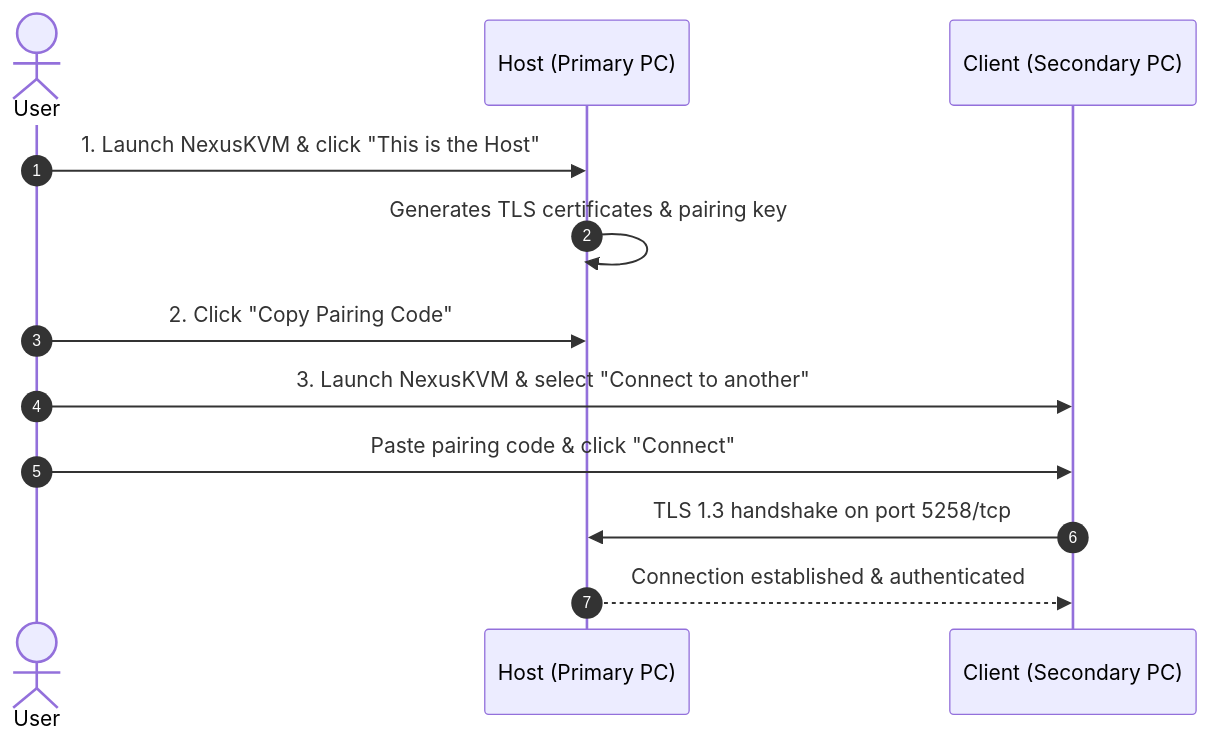
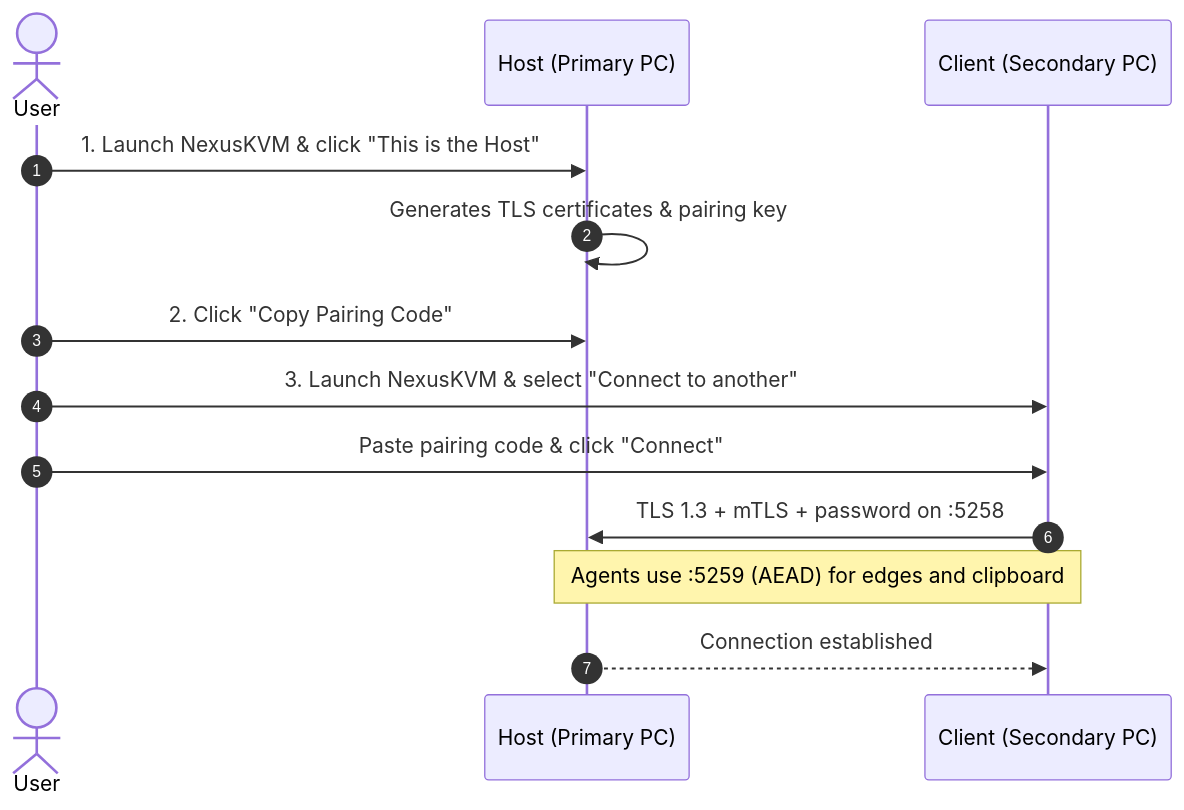
One commit to jigonzalez930209/NexusKVM changed the diagram in docs/guide/getting-started.md. Above: the diagram before and after it, drawn with Mermaid. The commit also changed other lines of this file and 4 other files, not shown here.

````diff
--- a/docs/guide/getting-started.md
+++ b/docs/guide/getting-started.md
@@ -30,15 +30,16 @@
 ```mermaid
 sequenceDiagram
     autonumber
     actor User
     participant Host as Host (Primary PC)
     participant Client as Client (Secondary PC)
 
     User->>Host: 1. Launch NexusKVM & click "This is the Host"
     Host->>Host: Generates TLS certificates & pairing key
     User->>Host: 2. Click "Copy Pairing Code"
     User->>Client: 3. Launch NexusKVM & select "Connect to another"
     User->>Client: Paste pairing code & click "Connect"
-    Client->>Host: TLS 1.3 handshake on port 5258/tcp
-    Host-->>Client: Connection established & authenticated
+    Client->>Host: TLS 1.3 + mTLS + password on :5258
+    Note over Host,Client: Agents use :5259 (AEAD) for edges and clipboard
+    Host-->>Client: Connection established
 ```
````
